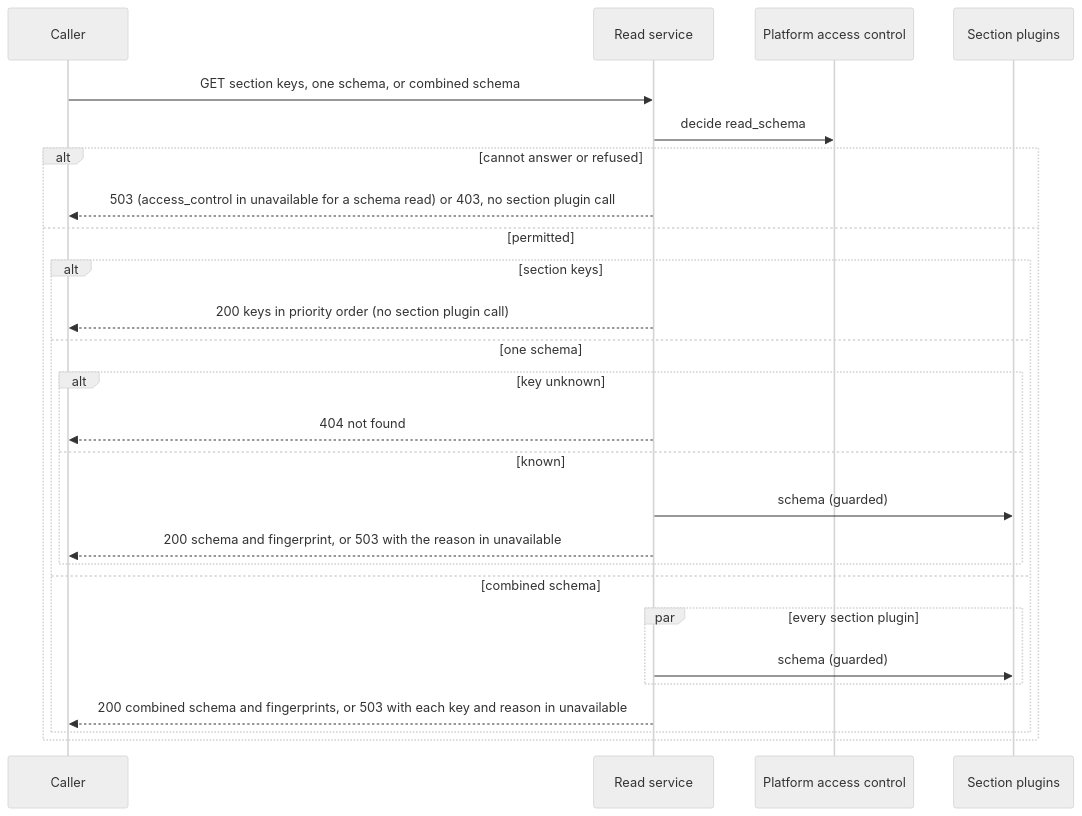
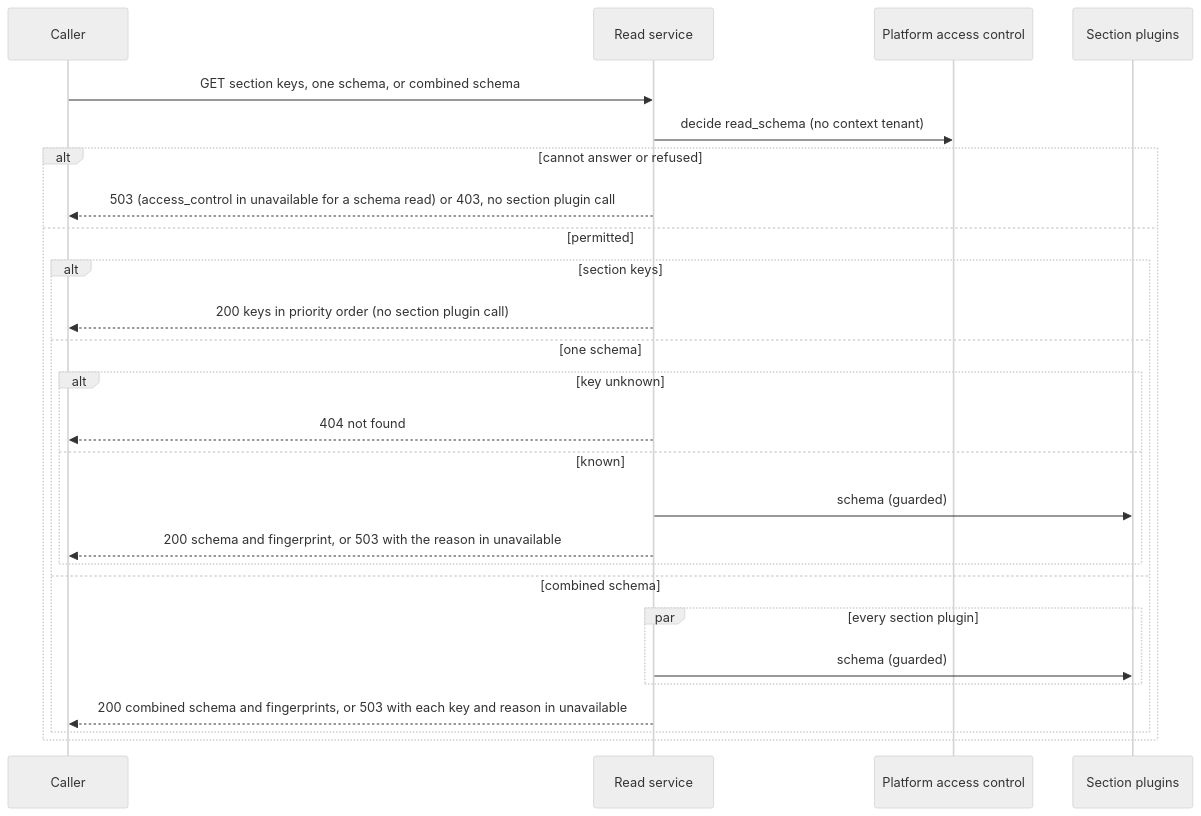
One commit to CommName/gears-rust changed the eighth of 9 diagrams in gears/system/application-manager/docs/DESIGN.md. Above: the diagram before and after it, drawn with Mermaid (neutral theme). The commit also changed other lines of this file and 7 other files, not shown here.

````diff
--- a/gears/system/application-manager/docs/DESIGN.md
+++ b/gears/system/application-manager/docs/DESIGN.md
@@ -1188,28 +1177,28 @@
 ```mermaid
 sequenceDiagram
     participant C as Caller
     participant RS as Read service
     participant PDP as Platform access control
     participant P as Section plugins
     C ->> RS: GET section keys, one schema, or combined schema
-    RS ->> PDP: decide read_schema
+    RS ->> PDP: decide read_schema (no context tenant)
     alt cannot answer or refused
         RS -->> C: 503 (access_control in unavailable for a schema read) or 403, no section plugin call
     else permitted
         alt section keys
             RS -->> C: 200 keys in priority order (no section plugin call)
         else one schema
             alt key unknown
                 RS -->> C: 404 not found
             else known
                 RS ->> P: schema (guarded)
                 RS -->> C: 200 schema and fingerprint, or 503 with the reason in unavailable
             end
         else combined schema
             par every section plugin
                 RS ->> P: schema (guarded)
             end
             RS -->> C: 200 combined schema and fingerprints, or 503 with each key and reason in unavailable
         end
     end
 ```
````
